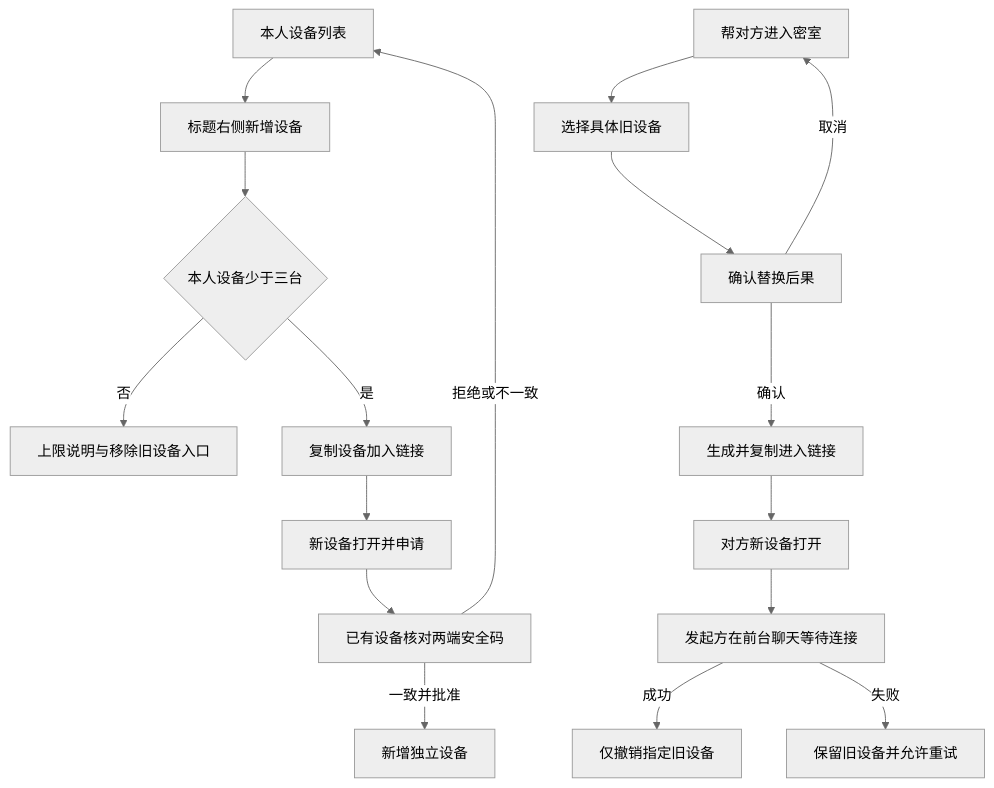
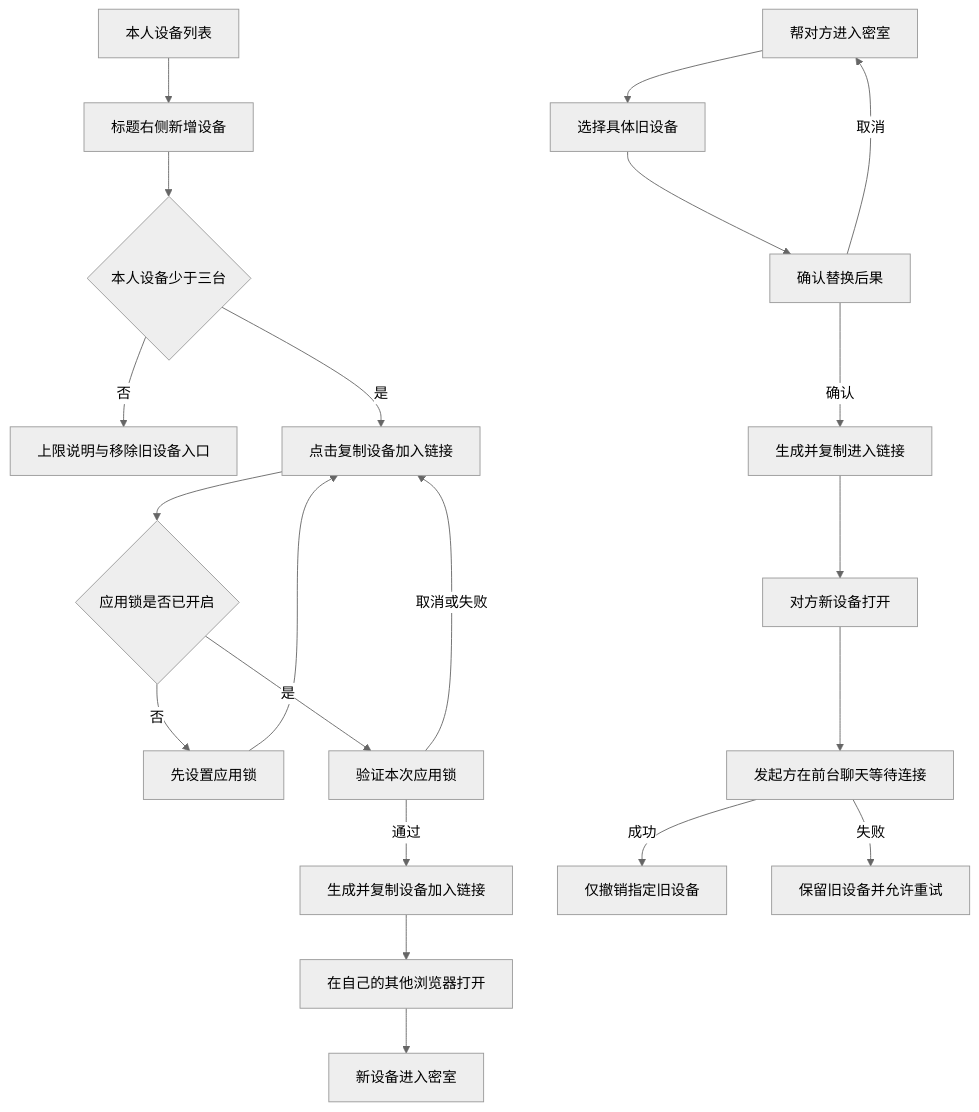
Before and after one commit to zdaiwmm/shui-IM: the fifth of 6 diagrams in docs/requirements/2026-10-23-settings-17-prototype/flow.md, drawn with Mermaid (neutral theme). The commit also changed other lines of this file and 6 other files, not shown here.

````diff
--- a/docs/requirements/2026-10-23-settings-17-prototype/flow.md
+++ b/docs/requirements/2026-10-23-settings-17-prototype/flow.md
@@ -95,19 +95,23 @@
 ```mermaid
 flowchart TD
   A[本人设备列表] --> B[标题右侧新增设备]
   B --> C{本人设备少于三台}
   C -->|否| D[上限说明与移除旧设备入口]
-  C -->|是| E[复制设备加入链接]
-  E --> F[新设备打开并申请]
-  F --> G[已有设备核对两端安全码]
-  G -->|一致并批准| H[新增独立设备]
-  G -->|拒绝或不一致| A
-  I[帮对方进入密室] --> J[选择具体旧设备]
-  J --> K[确认替换后果]
-  K -->|取消| I
-  K -->|确认| L[生成并复制进入链接]
-  L --> M[对方新设备打开]
-  M --> N[发起方在前台聊天等待连接]
-  N -->|成功| O[仅撤销指定旧设备]
-  N -->|失败| P[保留旧设备并允许重试]
+  C -->|是| E[点击复制设备加入链接]
+  E --> F{应用锁是否已开启}
+  F -->|否| G[先设置应用锁]
+  G --> E
+  F -->|是| H[验证本次应用锁]
+  H -->|取消或失败| E
+  H -->|通过| I[生成并复制设备加入链接]
+  I --> J[在自己的其他浏览器打开]
+  J --> K[新设备进入密室]
+  L[帮对方进入密室] --> M[选择具体旧设备]
+  M --> N[确认替换后果]
+  N -->|取消| L
+  N -->|确认| O[生成并复制进入链接]
+  O --> P[对方新设备打开]
+  P --> Q[发起方在前台聊天等待连接]
+  Q -->|成功| R[仅撤销指定旧设备]
+  Q -->|失败| S[保留旧设备并允许重试]
 ```
````
